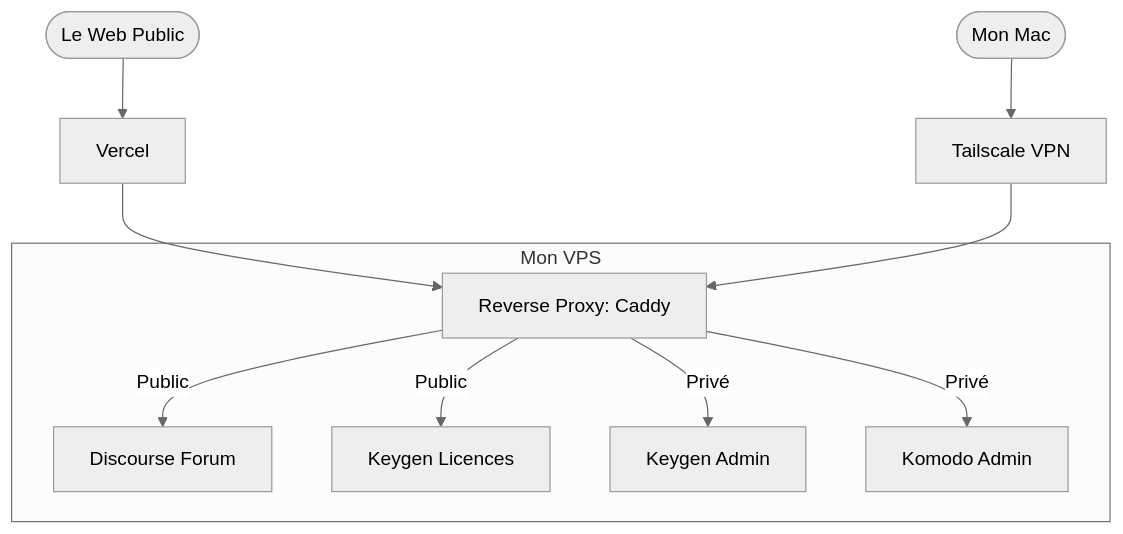
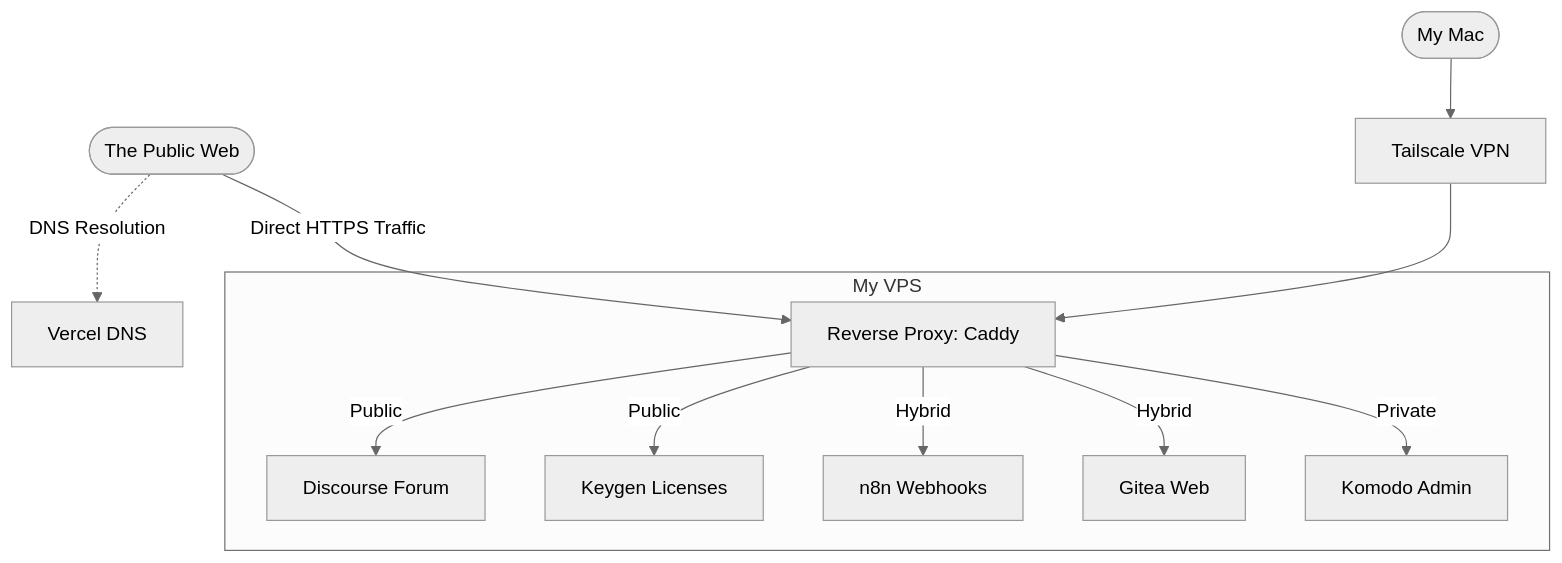
Before and after one commit to Maethik/matheoguilbert.fr: the diagram in content/blog/en/03-Deploying-an-infrastructure-for-a-macos-app-distribution.mdx, drawn with Mermaid (neutral theme). The commit also changed other lines of this file and 2 other files, not shown here.

````diff
--- a/content/blog/en/03-Deploying-an-infrastructure-for-a-macos-app-distribution.mdx
+++ b/content/blog/en/03-Deploying-an-infrastructure-for-a-macos-app-distribution.mdx
@@ -94,21 +186,23 @@
 ```mermaid
 graph TD
-    %% Flux Public
-    Internet([Le Web Public]) --> Vercel[Vercel]
-    Vercel --> Caddy
+    %% Public Flow
+    Internet([The Public Web]) -.->|DNS Resolution| VercelDNS[Vercel DNS]
+    Internet -->|Direct HTTPS Traffic| Caddy
 
-    %% Flux Privé
-    MonMac([Mon Mac]) --> Tailscale[Tailscale VPN]
+    %% Private Flow
+    MonMac([My Mac]) --> Tailscale[Tailscale VPN]
     Tailscale --> Caddy
 
-    %% Le VPS et Caddy
-    subgraph Mon VPS
+    %% The VPS and Caddy
+    subgraph Mon VPS [My VPS]
         Caddy[Reverse Proxy: Caddy]
         
-        %% Dispatching vers Docker
+        %% Dispatching to Docker
         Caddy -->|Public| Discourse[Discourse Forum]
-        Caddy -->|Public| Keygen[Keygen Licences]
-        Caddy -->|Privé| Keygen2[Keygen Admin]
-        Caddy -->|Privé| Komodo[Komodo Admin]
+        Caddy -->|Public| Keygen[Keygen Licenses]
+        Caddy -->|Hybrid| N8N[n8n Webhooks]
+        Caddy -->|Hybrid| Gitea[Gitea Web]
+        Caddy -->|Private| Komodo[Komodo Admin]
     end
+
 ```
````
